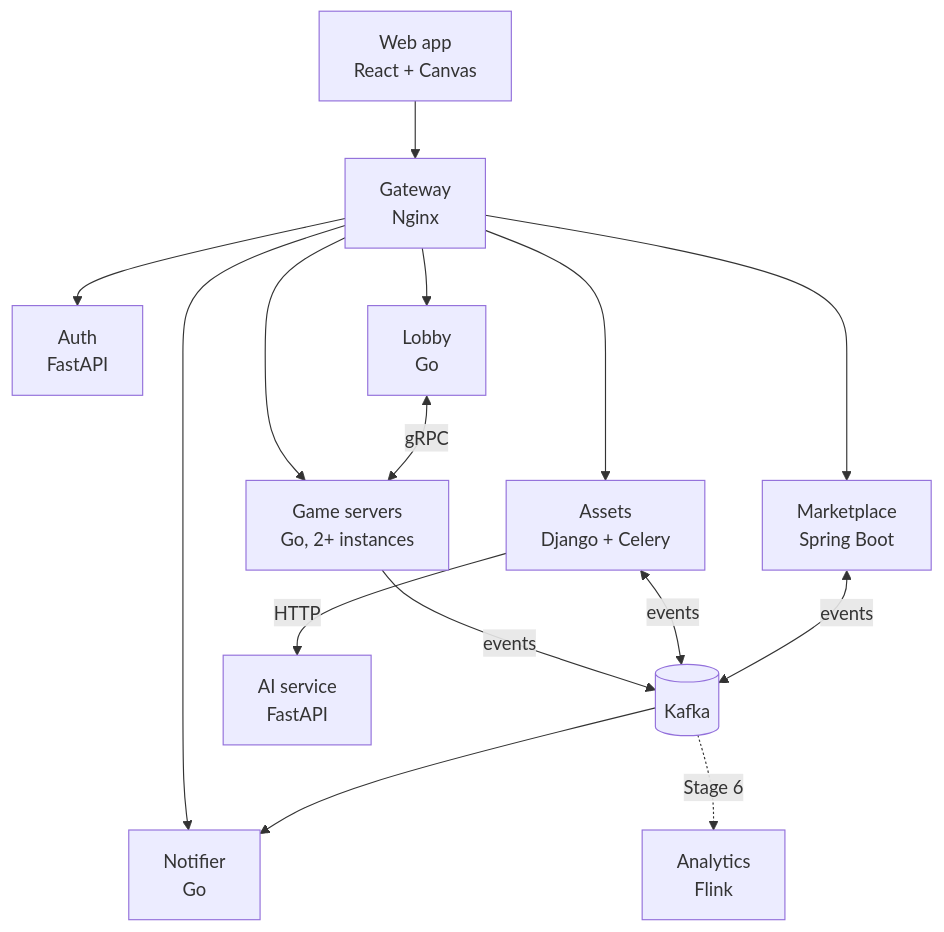
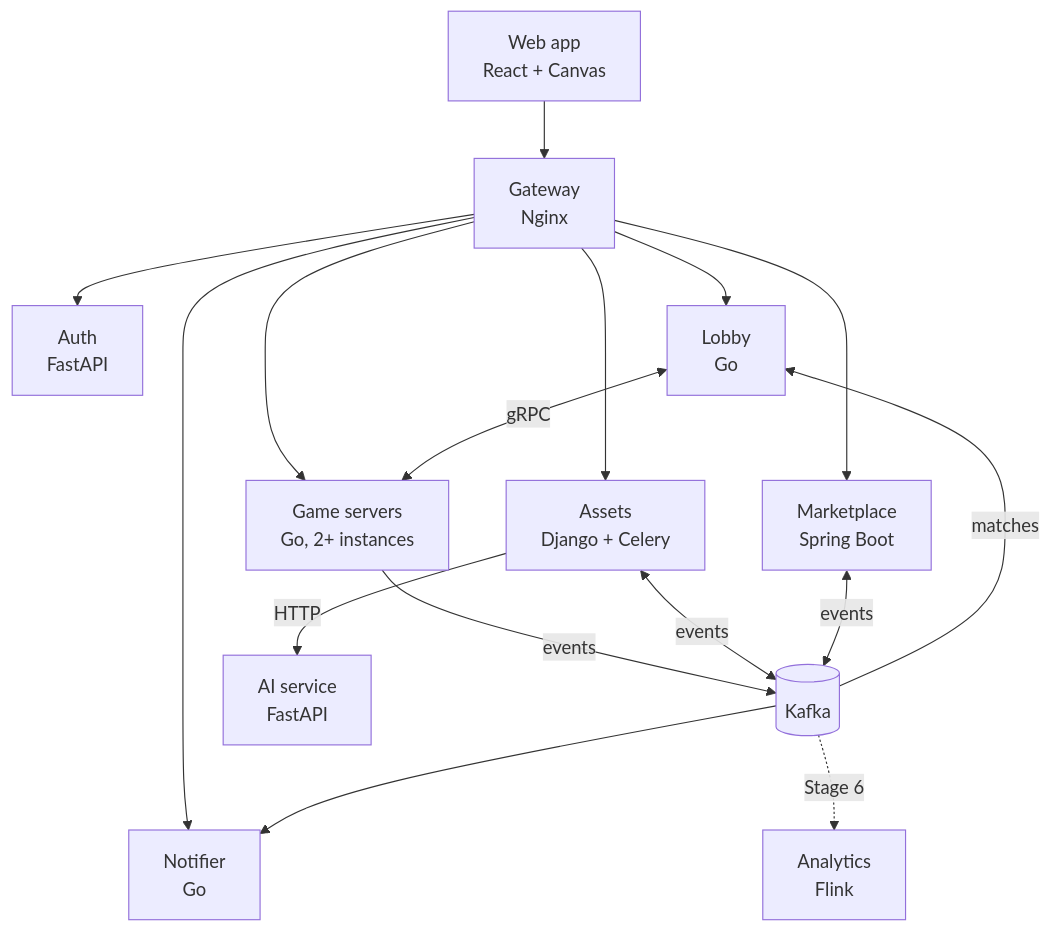
The first of 2 diagrams in docs/design-doc.md (Bowenn/doodle-arena), drawn with Mermaid before and after one commit. The commit also changed other lines of this file and 4 other files, not shown here.

First line of the commit message:
docs: design doc, observability and roadmap sweep after the review

````diff
--- a/docs/design-doc.md
+++ b/docs/design-doc.md
@@ -35,17 +35,18 @@
 ```mermaid
 flowchart TB
   web["Web app<br/>React + Canvas"] --> gw["Gateway<br/>Nginx"]
   gw --> auth["Auth<br/>FastAPI"]
   gw --> lobby["Lobby<br/>Go"]
   gw --> game["Game servers<br/>Go, 2+ instances"]
   gw --> assets["Assets<br/>Django + Celery"]
   gw --> market["Marketplace<br/>Spring Boot"]
   gw --> notifier["Notifier<br/>Go"]
   lobby <-->|gRPC| game
   game -->|events| kafka[("Kafka")]
   assets <-->|events| kafka
   market <-->|events| kafka
   kafka --> notifier
+  kafka -->|matches| lobby
   kafka -.->|Stage 6| analytics["Analytics<br/>Flink"]
   assets -->|HTTP| ai["AI service<br/>FastAPI"]
 ```
````
